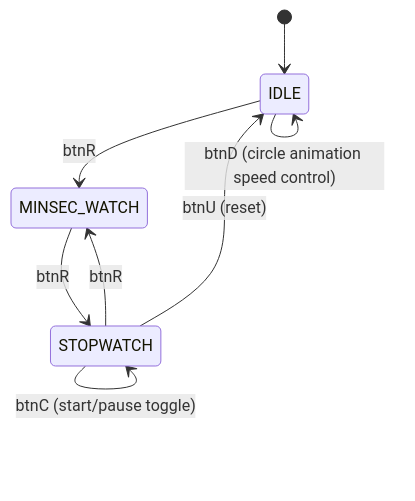
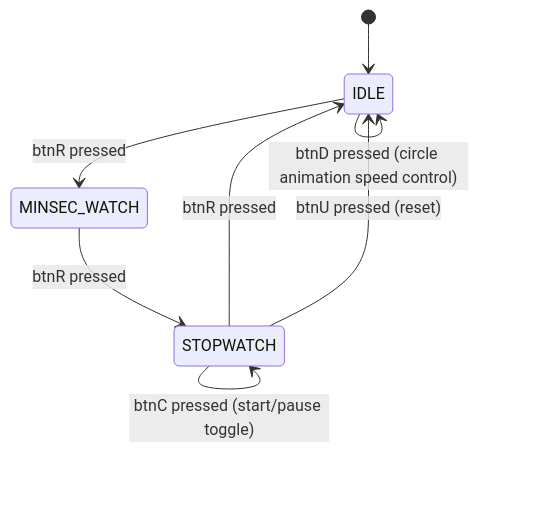
The fifth of 5 diagrams in 15.BESPOKE/README.md (SE0NGH0/AI_Verilog_HDL), drawn with Mermaid before and after one commit.

````diff
--- a/15.BESPOKE/README.md
+++ b/15.BESPOKE/README.md
@@ -126,10 +126,10 @@
 ```mermaid
 stateDiagram-v2
     [*] --> IDLE
-    IDLE --> IDLE: btnD (circle animation speed control)
-    IDLE --> MINSEC_WATCH: btnR
-    MINSEC_WATCH --> STOPWATCH: btnR
-    STOPWATCH --> MINSEC_WATCH: btnR
-    STOPWATCH --> STOPWATCH: btnC (start/pause toggle)
-    STOPWATCH --> IDLE: btnU (reset)
+    IDLE --> IDLE: btnD pressed (circle animation speed control)
+    IDLE --> MINSEC_WATCH: btnR pressed
+    MINSEC_WATCH --> STOPWATCH: btnR pressed
+    STOPWATCH --> IDLE: btnR pressed
+    STOPWATCH --> STOPWATCH: btnC pressed (start/pause toggle)
+    STOPWATCH --> IDLE: btnU pressed (reset)
 ```
````
